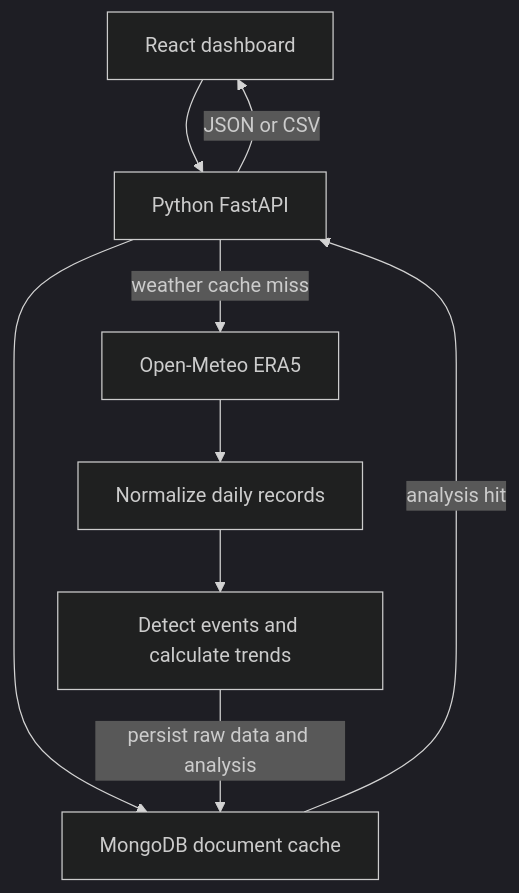
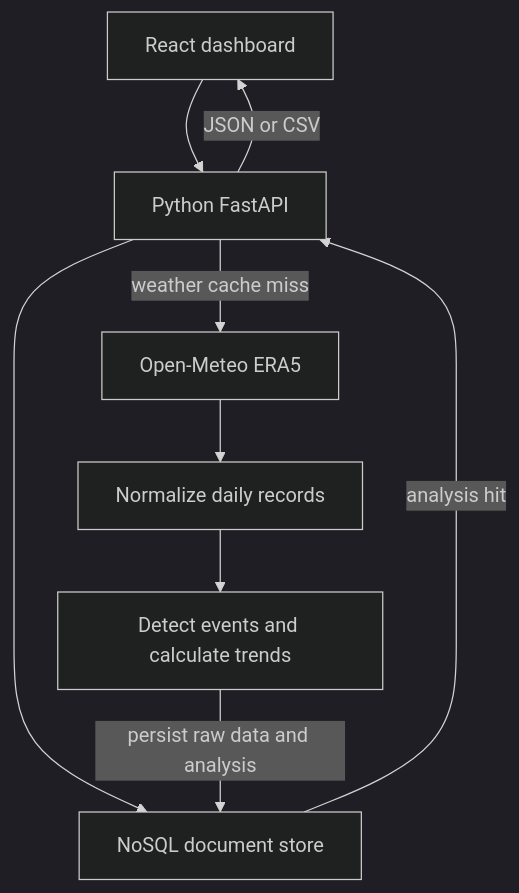
The diagram in README.md (vinilgarrepelli/climate-hazard-analyzer), drawn with Mermaid (dark theme) before and after one commit. The commit also changed other lines of this file and 12 other files, not shown here.

````diff
--- a/README.md
+++ b/README.md
@@ -71,11 +78,11 @@
 ```mermaid
 flowchart TD
   UI["React dashboard"] --> API["Python FastAPI"]
-  API --> DB["MongoDB document cache"]
+  API --> DB["NoSQL document store"]
   DB -->|"analysis hit"| API
   API -->|"weather cache miss"| WX["Open-Meteo ERA5"]
   WX --> CLEAN["Normalize daily records"]
   CLEAN --> LOGIC["Detect events and calculate trends"]
   LOGIC -->|"persist raw data and analysis"| DB
   API -->|"JSON or CSV"| UI
 ```
````
